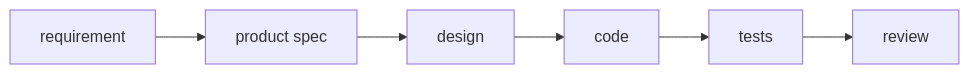
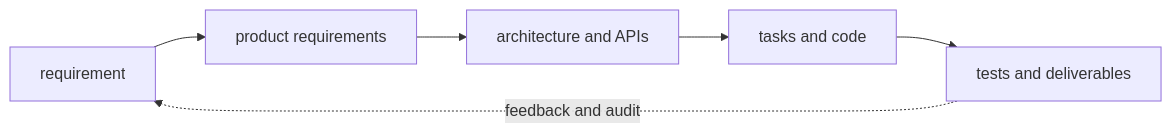
The first of 2 diagrams in llm-learning-repository/tutorials/04-agents-and-protocols/19-metagpt.md (niyama-admin/learning-lab), drawn with Mermaid before and after one commit. The commit also changed other lines of this file and 24 other files, not shown here.

````diff
--- a/llm-learning-repository/tutorials/04-agents-and-protocols/19-metagpt.md
+++ b/llm-learning-repository/tutorials/04-agents-and-protocols/19-metagpt.md
@@ -9,8 +22,8 @@
 ```mermaid
 flowchart LR
-  A["requirement"] --> B["product spec"]
-  B["product spec"] --> C["design"]
-  C["design"] --> D["code"]
-  D["code"] --> E["tests"]
-  E["tests"] --> F["review"]
+  A["requirement"] --> B["product requirements"]
+  B --> C["architecture and APIs"]
+  C --> D["tasks and code"]
+  D --> E["tests and deliverables"]
+  E -. feedback and audit .-> A
 ```
````
